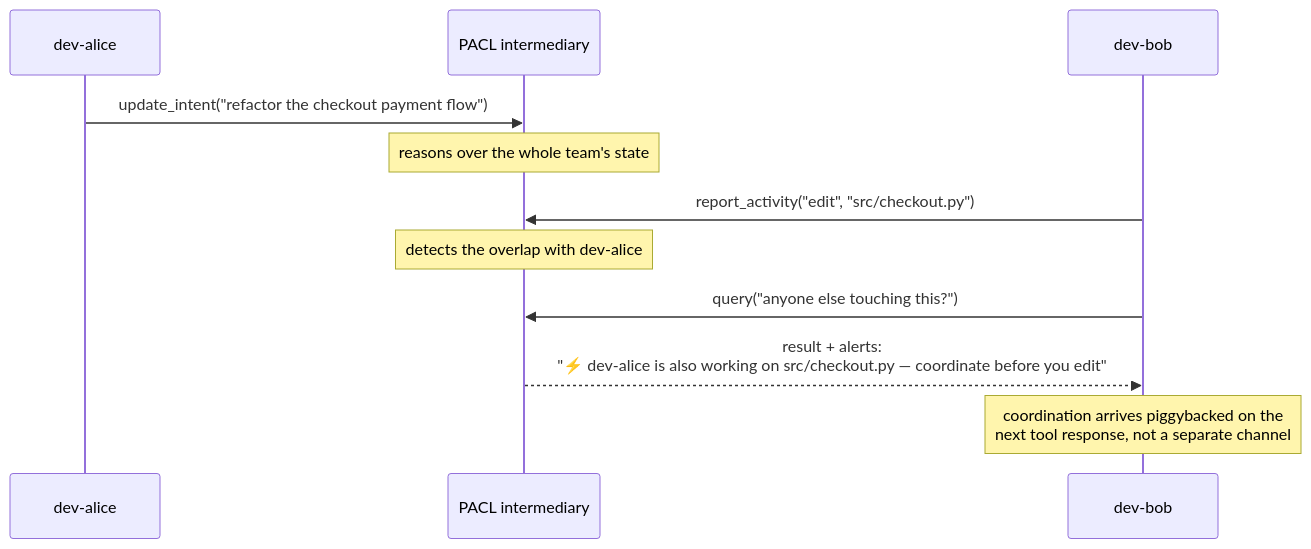
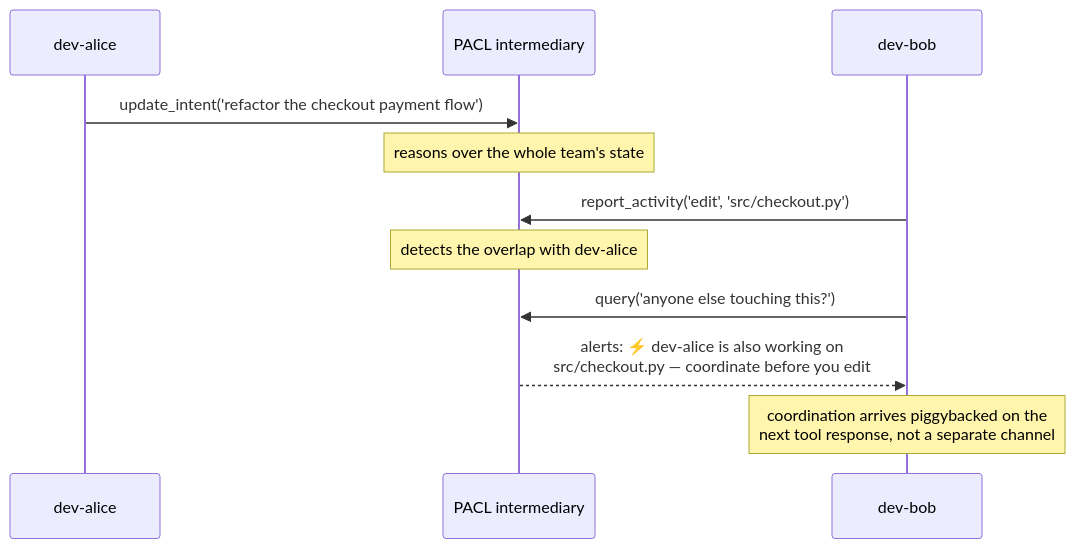
The diagram in README.md (DylPorter/pacl), drawn with Mermaid before and after one commit.

Commit message:
docs: simplify mermaid message labels (single quotes) for reliable github render

````diff
--- a/README.md
+++ b/README.md
@@ -44,13 +44,13 @@
 ```mermaid
 sequenceDiagram
     participant A as dev-alice
     participant P as PACL intermediary
     participant B as dev-bob
-    A->>P: update_intent("refactor the checkout payment flow")
+    A->>P: update_intent('refactor the checkout payment flow')
     Note over P: reasons over the whole team's state
-    B->>P: report_activity("edit", "src/checkout.py")
+    B->>P: report_activity('edit', 'src/checkout.py')
     Note over P: detects the overlap with dev-alice
-    B->>P: query("anyone else touching this?")
-    P-->>B: result + alerts:<br/>"⚡ dev-alice is also working on src/checkout.py — coordinate before you edit"
+    B->>P: query('anyone else touching this?')
+    P-->>B: alerts: ⚡ dev-alice is also working on<br/>src/checkout.py — coordinate before you edit
     Note over B: coordination arrives piggybacked on the<br/>next tool response, not a separate channel
 ```
````
